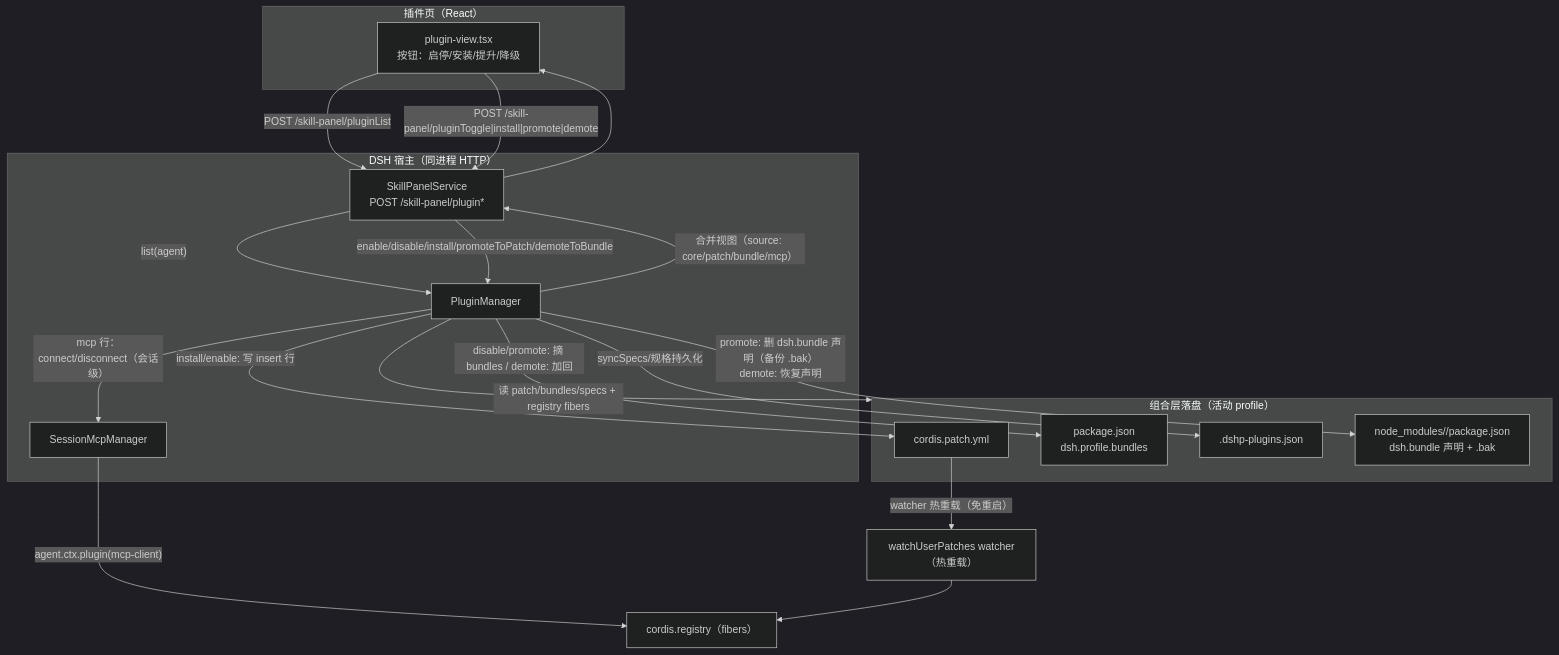
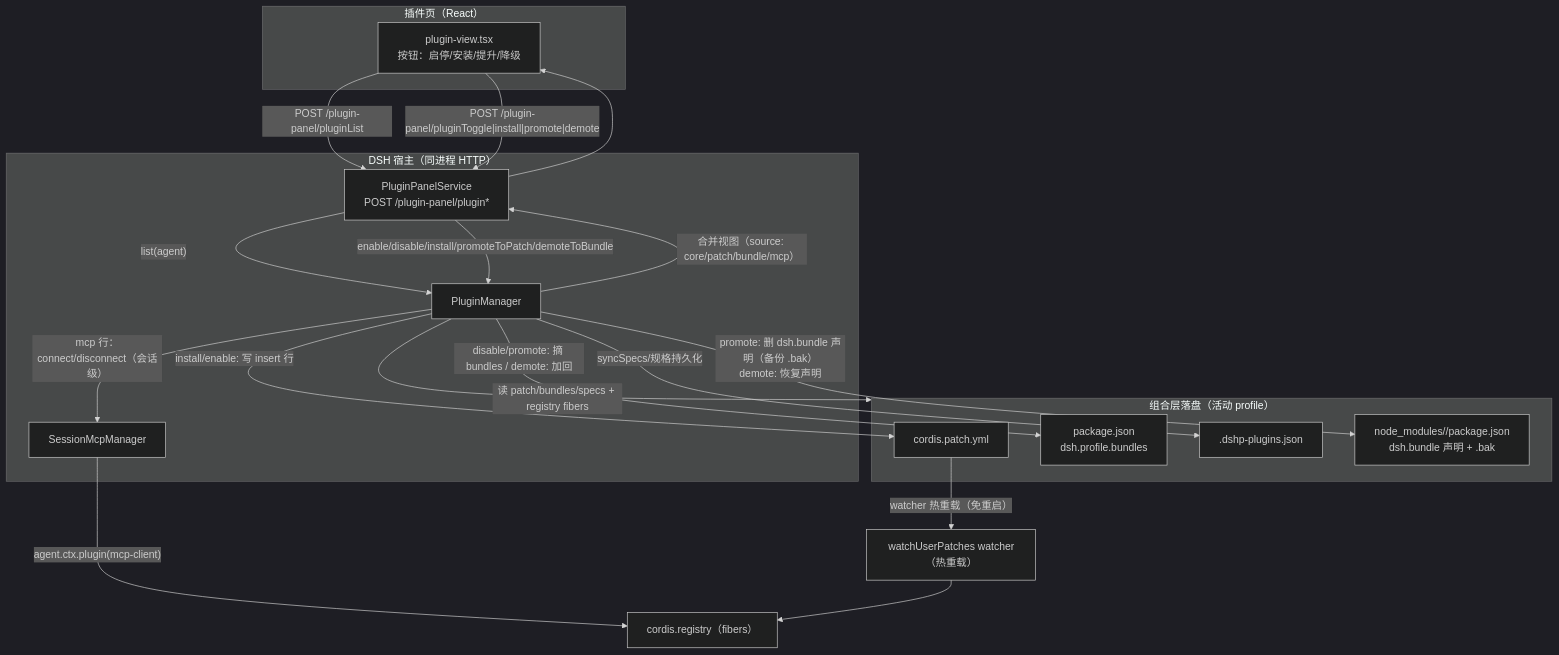
Before and after one commit to KuramiWan/dshp-plugin-panel: the diagram in docs/diagrams/plugin-dataflow.md, drawn with Mermaid (dark theme). The commit also changed other lines of this file and 37 other files, not shown here.

First line of the commit message:
refactor(panel): rename Skill Panel to Plugin Panel

````diff
--- a/docs/diagrams/plugin-dataflow.md
+++ b/docs/diagrams/plugin-dataflow.md
@@ -10,41 +10,41 @@
 ```mermaid
 flowchart TD
     subgraph UI["插件页（React）"]
         CL["plugin-view.tsx<br/>按钮：启停/安装/提升/降级"]
     end
 
     subgraph HOST["DSH 宿主（同进程 HTTP）"]
-        SVC["SkillPanelService<br/>POST /skill-panel/plugin*"]
+        SVC["PluginPanelService<br/>POST /plugin-panel/plugin*"]
         PM["PluginManager"]
         MCP["SessionMcpManager"]
     end
 
     subgraph FILES["组合层落盘（活动 profile）"]
         PATCH["cordis.patch.yml"]
         BUNDLES["package.json<br/>dsh.profile.bundles"]
         STATE[".dshp-plugins.json"]
         PKGB["node_modules/<pkg>/package.json<br/>dsh.bundle 声明 + .bak"]
     end
 
     W["watchUserPatches watcher（热重载）"]
     REG["cordis.registry（fibers）"]
 
-    CL -->|"POST /skill-panel/pluginList"| SVC
+    CL -->|"POST /plugin-panel/pluginList"| SVC
     SVC -->|"list(agent)"| PM
     PM -->|"读 patch/bundles/specs + registry fibers"| FILES
     PM -->|"合并视图（source: core/patch/bundle/mcp）"| SVC
     SVC --> CL
 
-    CL -->|"POST /skill-panel/pluginToggle|install|promote|demote"| SVC
+    CL -->|"POST /plugin-panel/pluginToggle|install|promote|demote"| SVC
     SVC -->|"enable/disable/install/promoteToPatch/demoteToBundle"| PM
 
     PM -->|"install/enable: 写 insert 行"| PATCH
     PM -->|"disable/promote: 摘 bundles / demote: 加回"| BUNDLES
     PM -->|"promote: 删 dsh.bundle 声明（备份 .bak）<br/>demote: 恢复声明"| PKGB
     PM -->|"syncSpecs/规格持久化"| STATE
     PM -->|"mcp 行：connect/disconnect（会话级）"| MCP
     MCP -->|"agent.ctx.plugin(mcp-client)"| REG
 
     PATCH -->|"watcher 热重载（免重启）"| W
     W --> REG
 ```
````
